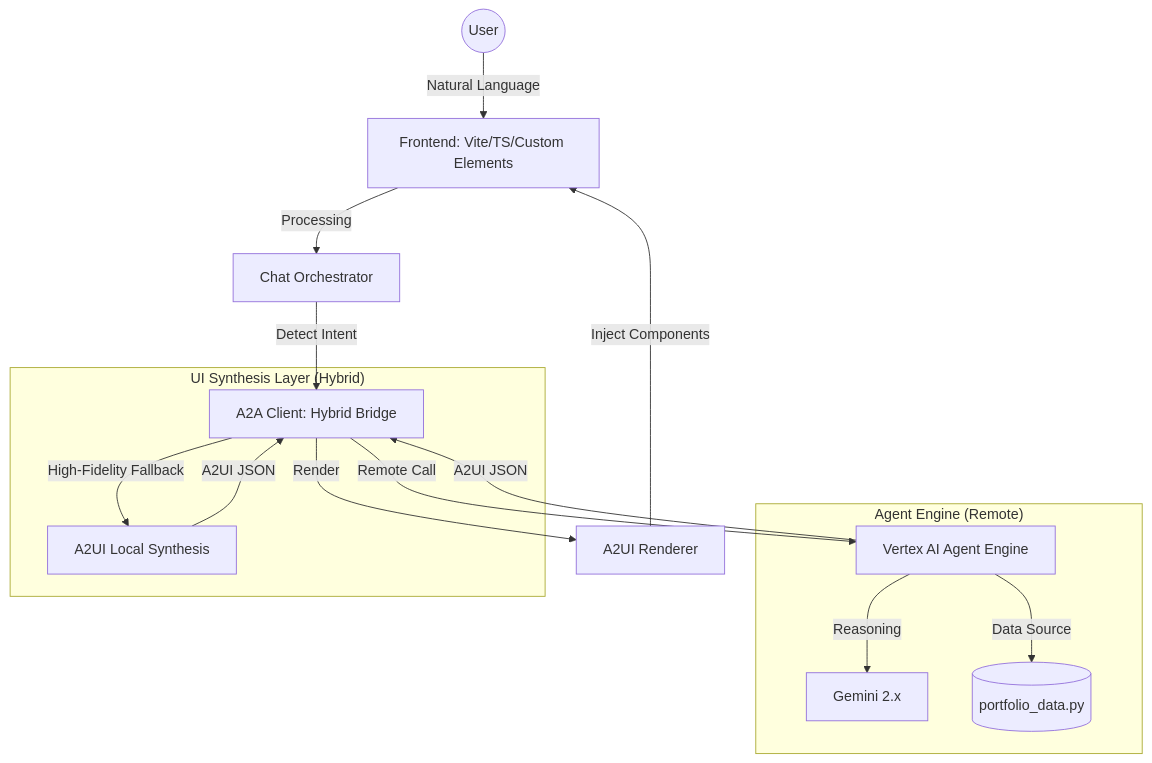
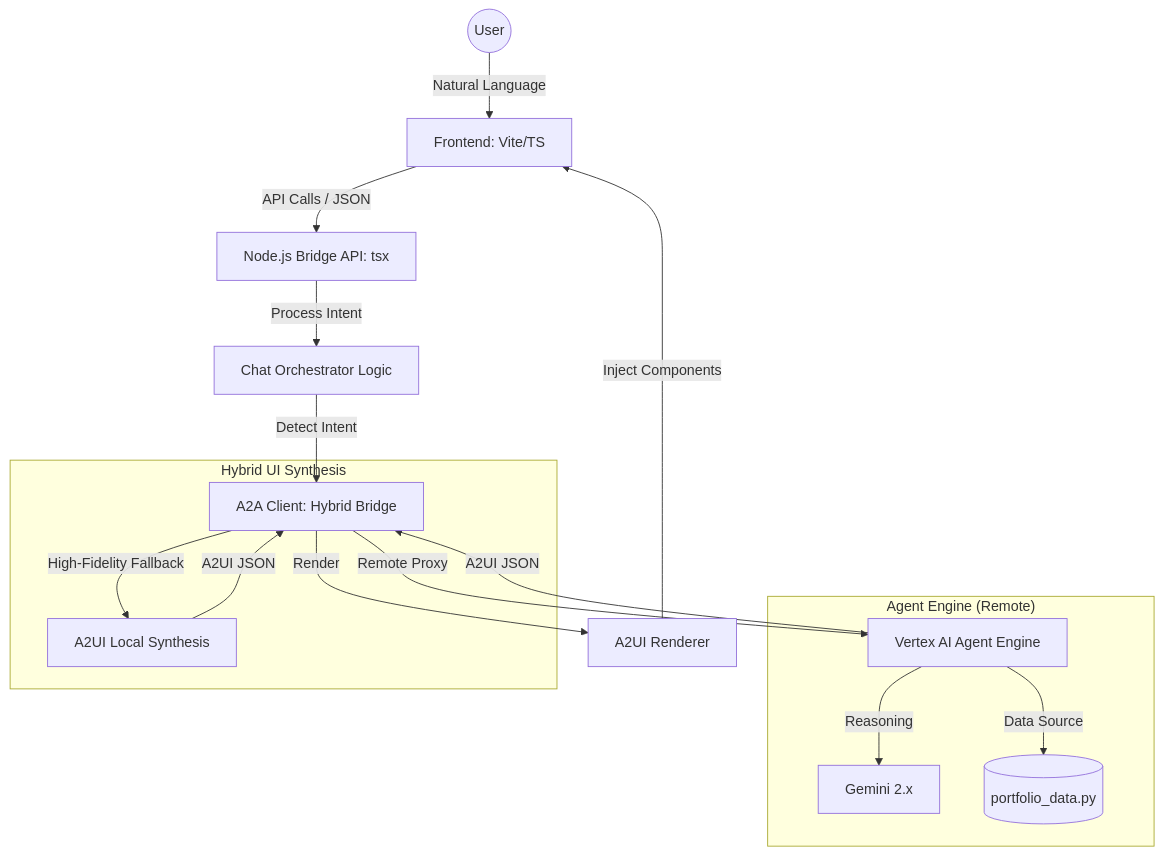
One commit to enriquekalven/portfolio-agent changed the diagram in README.md. Above: the diagram before and after it, drawn with Mermaid.

Commit message:
docs: explicitly include Node.js Bridge API in architecture diagram

````diff
--- a/README.md
+++ b/README.md
@@ -9,22 +9,23 @@
 ```mermaid
 graph TD
-    User((User)) -->|Natural Language| FE[Frontend: Vite/TS/Custom Elements]
-    FE -->|Processing| CO[Chat Orchestrator]
+    User((User)) -->|Natural Language| FE[Frontend: Vite/TS]
+    FE -->|API Calls / JSON| API[Node.js Bridge API: tsx]
+    API -->|Process Intent| CO[Chat Orchestrator Logic]
     CO -->|Detect Intent| CL[A2A Client: Hybrid Bridge]
     
     subgraph "Agent Engine (Remote)"
         AE[Vertex AI Agent Engine]
         AE -->|Reasoning| GEM[Gemini 2.x]
         AE -->|Data Source| DB[(portfolio_data.py)]
     end
     
-    subgraph "UI Synthesis Layer (Hybrid)"
-        CL -->|Remote Call| AE
+    subgraph "Hybrid UI Synthesis"
+        CL -->|Remote Proxy| AE
         CL -->|High-Fidelity Fallback| FB[A2UI Local Synthesis]
     end
     
     AE -->|A2UI JSON| CL
     FB -->|A2UI JSON| CL
     CL -->|Render| RN[A2UI Renderer]
     RN -->|Inject Components| FE
 ```
````
